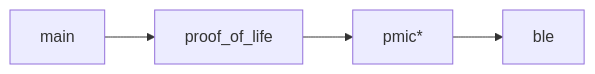
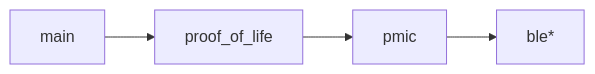
Before and after one commit to droidecahedron/nrf_peripheral_bfg: the diagram in README.md, drawn with Mermaid. The commit also changed other lines of this file, not shown here.

````diff
--- a/README.md
+++ b/README.md
@@ -2,6 +2,6 @@
 ```mermaid
 graph LR;
   main-->proof_of_life;
-  proof_of_life-->pmic*;
-  pmic*-->ble;
+  proof_of_life-->pmic;
+  pmic-->ble*;
 ```
````
